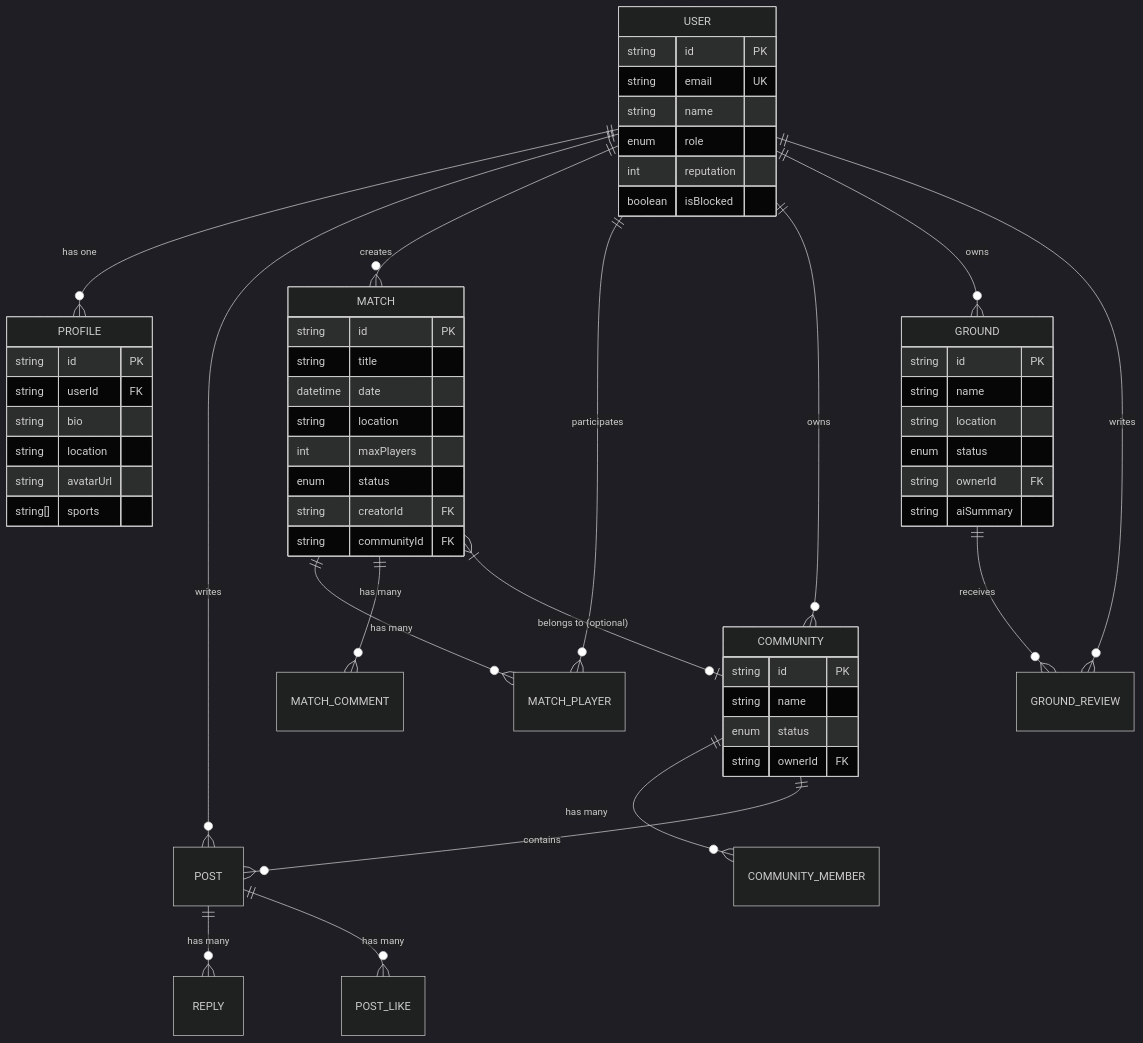
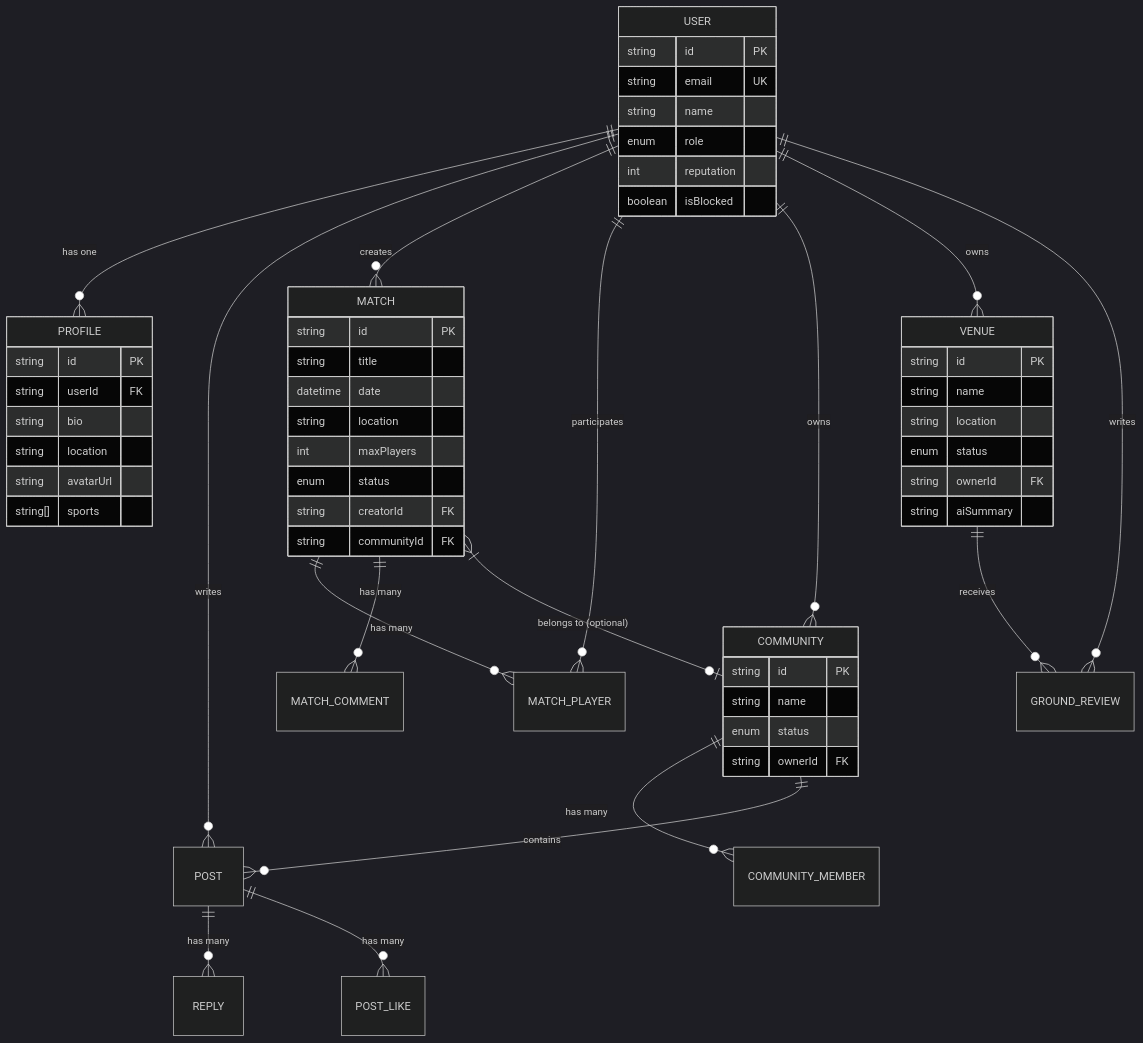
Before and after one commit to sathvikreddy369/playgrid: the second of 2 diagrams in docs/ARCHITECTURE.md, drawn with Mermaid (dark theme). The commit also changed other lines of this file and 61 other files, not shown here.

````diff
--- a/docs/ARCHITECTURE.md
+++ b/docs/ARCHITECTURE.md
@@ -53,67 +53,67 @@
 ```mermaid
 erDiagram
     USER ||--o{ PROFILE : "has one"
     USER ||--o{ POST : writes
     USER ||--o{ MATCH : creates
     USER ||--o{ MATCH_PLAYER : participates
     USER ||--o{ COMMUNITY : owns
-    USER ||--o{ GROUND : owns
+    USER ||--o{ VENUE : owns
 
     MATCH ||--o{ MATCH_PLAYER : "has many"
     MATCH ||--o{ MATCH_COMMENT : "has many"
     MATCH }|--o| COMMUNITY : "belongs to (optional)"
 
     COMMUNITY ||--o{ COMMUNITY_MEMBER : "has many"
     COMMUNITY ||--o{ POST : "contains"
 
-    GROUND ||--o{ GROUND_REVIEW : "receives"
+    VENUE ||--o{ GROUND_REVIEW : "receives"
     USER ||--o{ GROUND_REVIEW : "writes"
 
     POST ||--o{ REPLY : "has many"
     POST ||--o{ POST_LIKE : "has many"
 
     USER {
         string id PK
         string email UK
         string name
         enum role
         int reputation
         boolean isBlocked
     }
 
     PROFILE {
         string id PK
         string userId FK
         string bio
         string location
         string avatarUrl
         string[] sports
     }
 
     MATCH {
         string id PK
         string title
         datetime date
         string location
         int maxPlayers
         enum status
         string creatorId FK
         string communityId FK
     }
 
     COMMUNITY {
         string id PK
         string name
         enum status
         string ownerId FK
     }
 
-    GROUND {
+    VENUE {
         string id PK
         string name
         string location
         enum status
         string ownerId FK
         string aiSummary
     }
 ```
````
